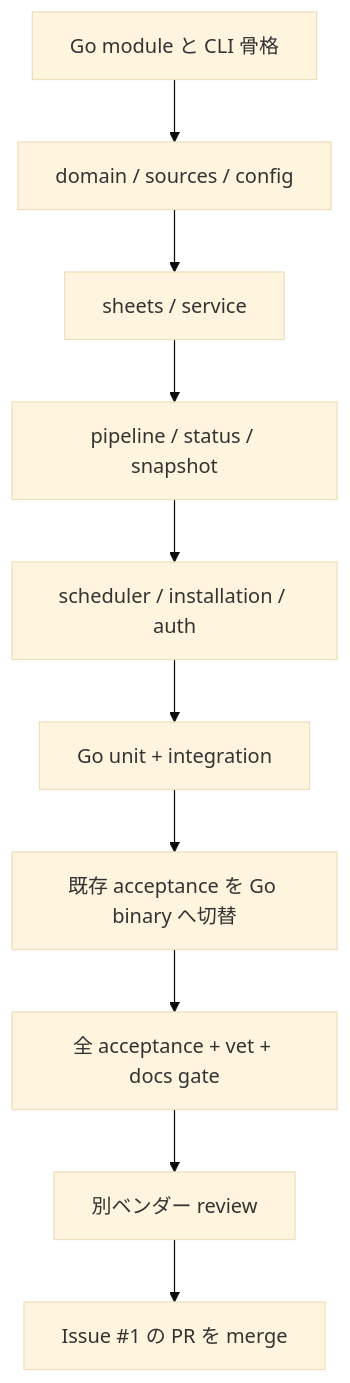
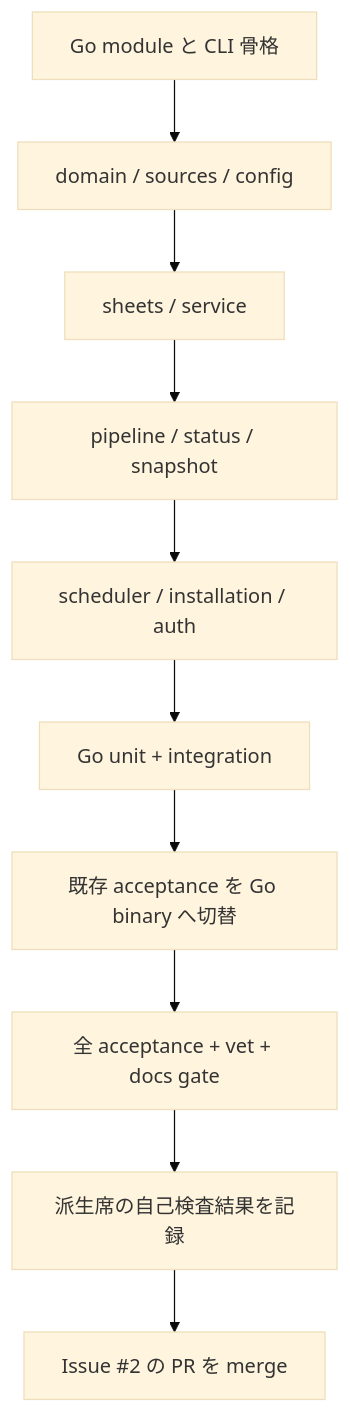
One commit to kappaseijin/scale2sheet4go changed the second of 2 diagrams in docs/superpowers/specs/2026-08-13-go-port-design.md. Above: the diagram before and after it, drawn with Mermaid (base theme). The commit also changed other lines of this file and 1 other file, not shown here.

Commit message:
docs: align go port plan with pilot seat

````diff
--- a/docs/superpowers/specs/2026-08-13-go-port-design.md
+++ b/docs/superpowers/specs/2026-08-13-go-port-design.md
@@ -105,12 +105,12 @@
 ```mermaid
 flowchart TD
   A[Go module と CLI 骨格] --> B[domain / sources / config]
   B --> C[sheets / service]
   C --> D[pipeline / status / snapshot]
   D --> E[scheduler / installation / auth]
   E --> F[Go unit + integration]
   F --> G[既存 acceptance を Go binary へ切替]
   G --> H[全 acceptance + vet + docs gate]
-  H --> I[別ベンダー review]
-  I --> J[Issue #1 の PR を merge]
+  H --> I[派生席の自己検査結果を記録]
+  I --> J[Issue #2 の PR を merge]
 ```
````
